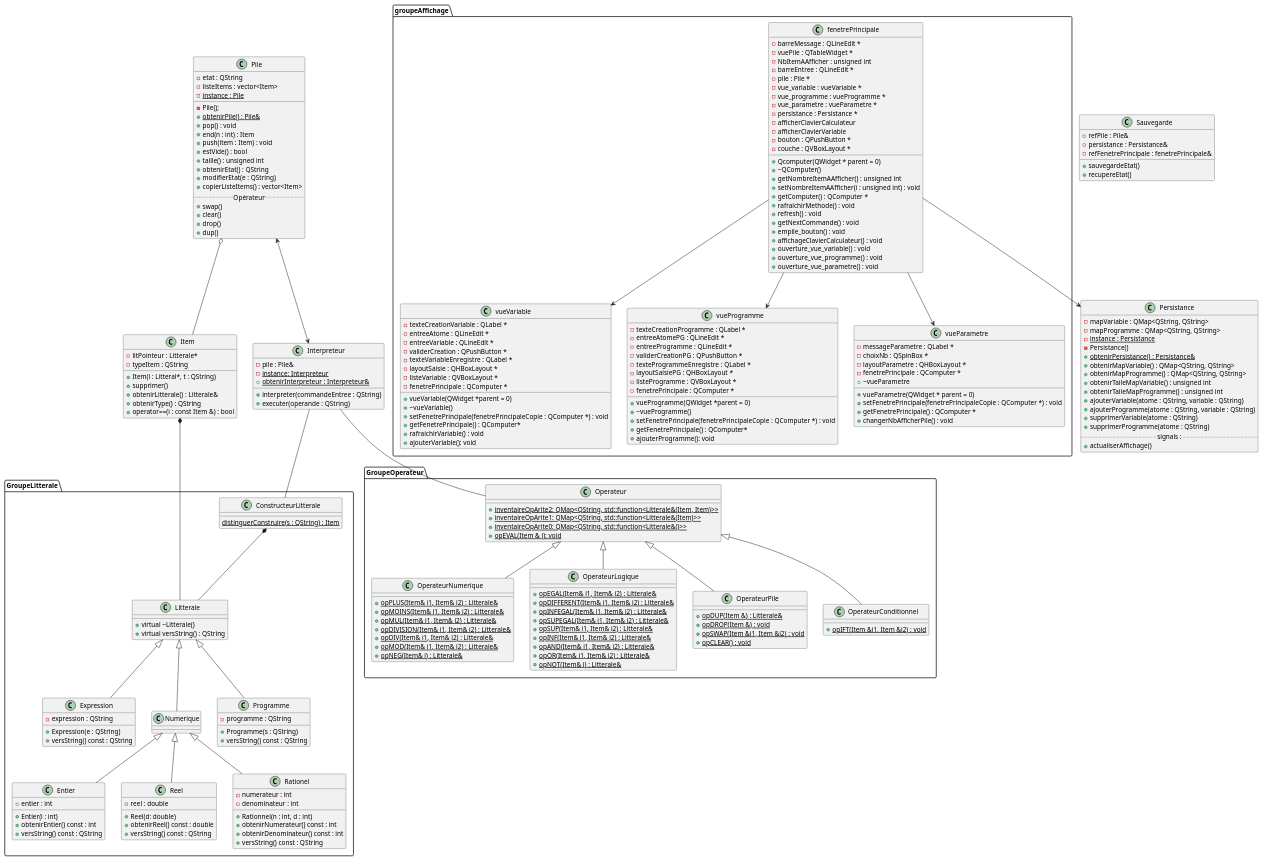
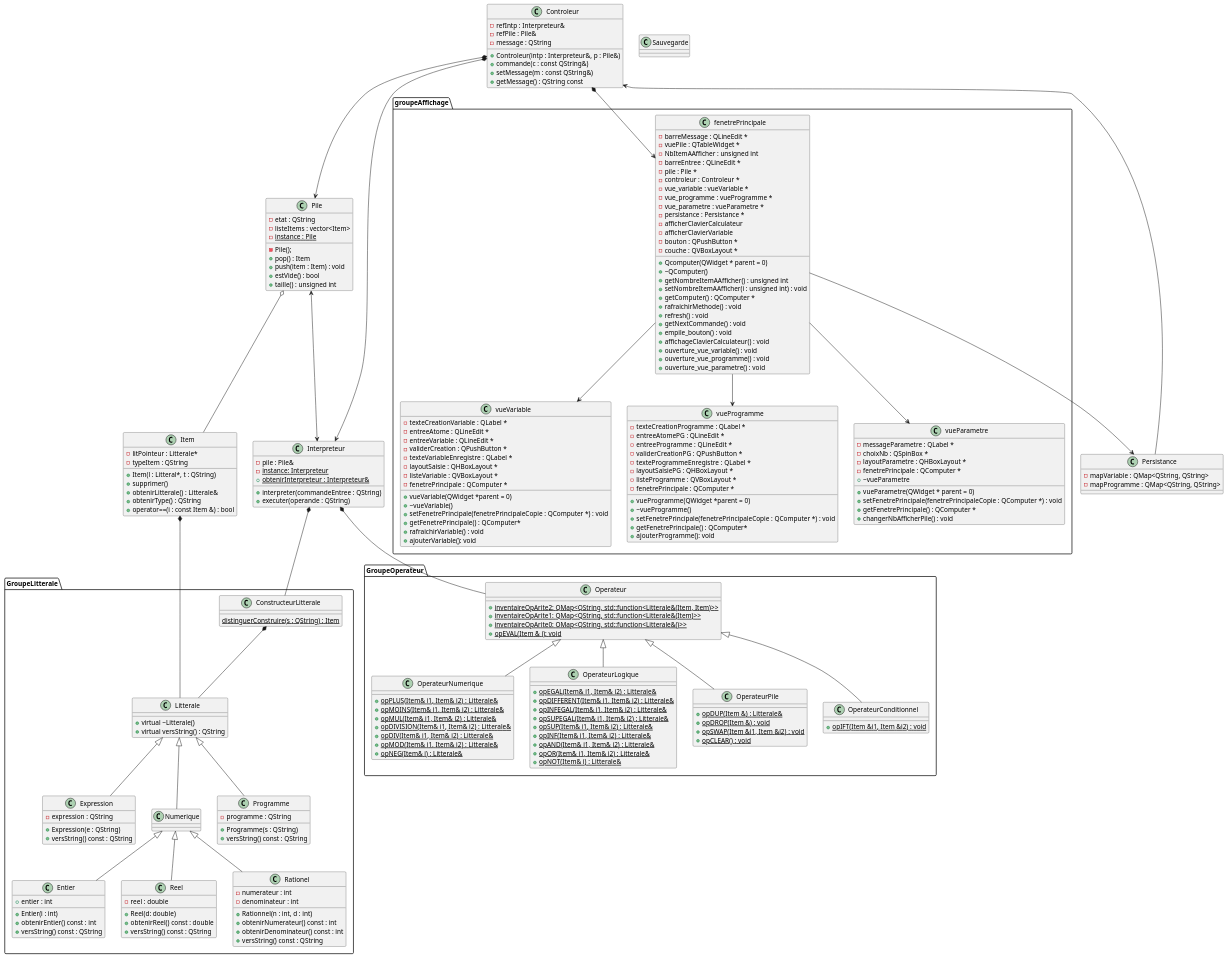
Before and after one commit to LouisJeanneau/LO21-Projet-CompUT: the diagram in UML_MAJ.puml, drawn with PlantUML.

Commit message:
puml ça avance

```diff
--- a/UML_MAJ.puml
+++ b/UML_MAJ.puml
@@ -65,8 +65,6 @@
     +operator==(i : const Item &) : bool
 }
 
-
-
 package "GroupeOperateur" {
 
 Class Operateur{
@@ -115,24 +113,6 @@
 
 }
 
-Class Persistance{
-    -mapVariable : QMap<QString, QString>
-    -mapProgramme : QMap<QString, QString>
-    -{static} instance : Persistance
-    -Persistance()
-    +{static} obtenirPersistance() : Persistance&
-    +obtenirMapVariable() : QMap<QString, QString>
-    +obtenirMapProgramme() : QMap<QString, QString>
-    +obtenirTaileMapVariable() : unsigned int
-    +obtenirTaileMapProgramme() : unsigned int
-    +ajouterVariable(atome : QString, variable : QString)
-    +ajouterProgramme(atome : QString, variable : QString)
-    +supprimerVariable(atome : QString)
-    +supprimerProgramme(atome : QString)
-    .. signals : ..
-    +actualiserAffichage()
-}
-
 Class Interpreteur{
     -pile : Pile&
     -{static} instance: Interpreteur
@@ -146,26 +126,32 @@
     -etat : QString
     -listeItems : vector<Item>
     -{static} instance : Pile
-    __
     -Pile();
-    +{static} obtenirPile() : Pile&
-    +pop() : void
-    +end(n : int) : Item
+    +pop() : Item
     +push(item : Item) : void
     +estVide() : bool
     +taille() : unsigned int
-    +obtenirEtat() : QString
-    +modifierEtat(e : QString)
-    +copierListeItems() : vector<Item>
-    .. Opérateur ..
-    +swap()
-    +clear()
-    +drop()
-    +dup()
+
+
+
 }
 
 
 
+Class Controleur{
+    -refIntp : Interpreteur&
+    -refPile : Pile&
+    -message : QString
+    +Controleur(intp : Interpreteur&, p : Pile&)
+    +commande(c : const QString&)
+    +setMessage(m : const QString&)
+    +getMessage() : QString const
+}
+
+Class Persistance{
+    -mapVariable : QMap<QString, QString>
+    -mapProgramme : QMap<QString, QString>
+}
 
 package "groupeAffichage" {
 
@@ -175,6 +161,7 @@
         -NbItemAAfficher : unsigned int 
 	    -barreEntree : QLineEdit *
 	    -pile : Pile *
+	    -controleur : Controleur *
         -vue_variable : vueVariable *
         -vue_programme : vueProgramme *
         -vue_parametre : vueParametre *
@@ -245,11 +232,7 @@
 }
 
 Class Sauvegarde {
-    -refPile : Pile&
-    -persistance : Persistance&
-    -refFenetrePrincipale : fenetrePrincipale&
-    +sauvegardeEtat()
-    +recupereEtat()
+
 }
 
 
@@ -267,12 +250,16 @@
 Operateur <|-- OperateurConditionnel 
 
 ConstructeurLitterale *-- Litterale
-Interpreteur -- Operateur
-Interpreteur -- ConstructeurLitterale
+Interpreteur *-- Operateur
+Interpreteur *-- ConstructeurLitterale
 Item *-- Litterale
 Pile o-- Item
 Pile <--> Interpreteur
 fenetrePrincipale --> Persistance
+Controleur *--> Interpreteur
+Controleur *--> Pile
+Controleur <-- Persistance
+Controleur *--> fenetrePrincipale
 fenetrePrincipale --> vueVariable
 fenetrePrincipale --> vueProgramme
 fenetrePrincipale --> vueParametre
```
